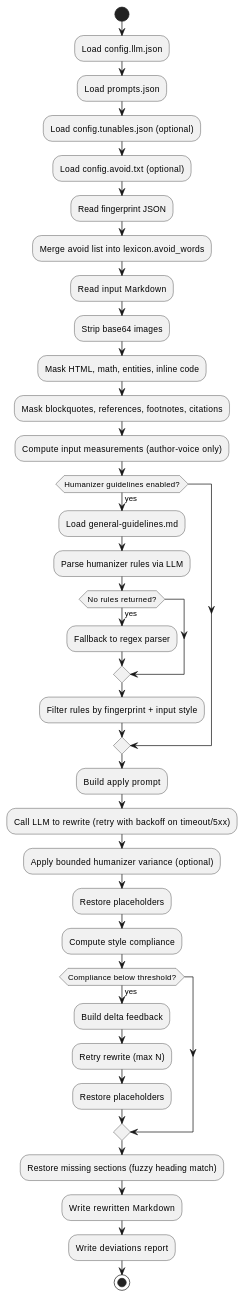
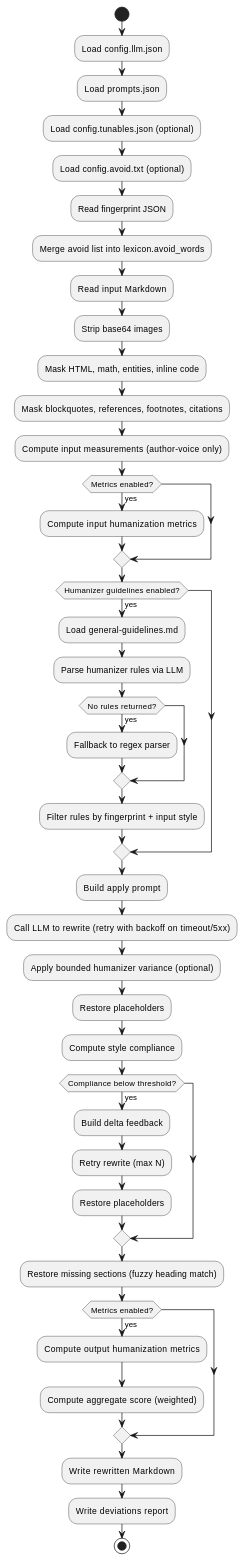
The second of 3 diagrams in UML-Apply.md (ngpepin/stylometric-transfer), drawn with PlantUML before and after one commit. The commit also changed other lines of this file and 7 other files, not shown here.

Commit message:
feat: add humanization metrics and aggregate scoring for improved style compliance

````diff
--- a/UML-Apply.md
+++ b/UML-Apply.md
@@ -83,45 +88,52 @@
 ```plantuml
 @startuml
 start
 :Load config.llm.json;
 :Load prompts.json;
 :Load config.tunables.json (optional);
 :Load config.avoid.txt (optional);
 
 :Read fingerprint JSON;
 :Merge avoid list into lexicon.avoid_words;
 :Read input Markdown;
 
 :Strip base64 images;
 :Mask HTML, math, entities, inline code;
 :Mask blockquotes, references, footnotes, citations;
 
 :Compute input measurements (author-voice only);
+if (Metrics enabled?) then (yes)
+  :Compute input humanization metrics;
+endif
 
 if (Humanizer guidelines enabled?) then (yes)
   :Load general-guidelines.md;
   :Parse humanizer rules via LLM;
   if (No rules returned?) then (yes)
     :Fallback to regex parser;
   endif
   :Filter rules by fingerprint + input style;
 endif
 
 :Build apply prompt;
 :Call LLM to rewrite (retry with backoff on timeout/5xx);
 :Apply bounded humanizer variance (optional);
 :Restore placeholders;
 :Compute style compliance;
 
 if (Compliance below threshold?) then (yes)
   :Build delta feedback;
   :Retry rewrite (max N);
   :Restore placeholders;
 endif
 
 :Restore missing sections (fuzzy heading match);
+if (Metrics enabled?) then (yes)
+  :Compute output humanization metrics;
+  :Compute aggregate score (weighted);
+endif
 :Write rewritten Markdown;
 :Write deviations report;
 stop
 @enduml
 ```
````
